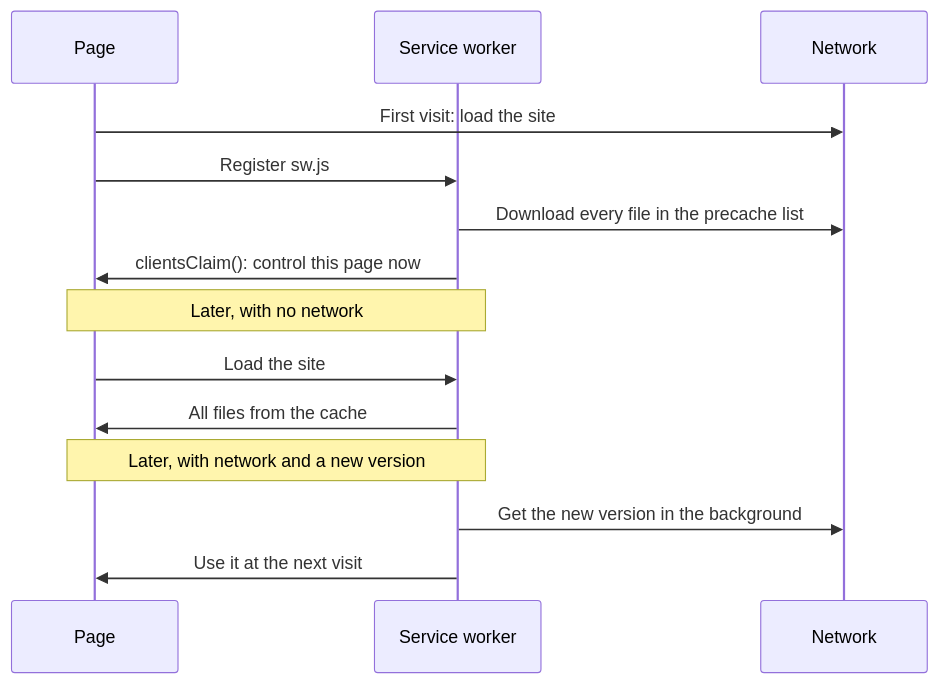
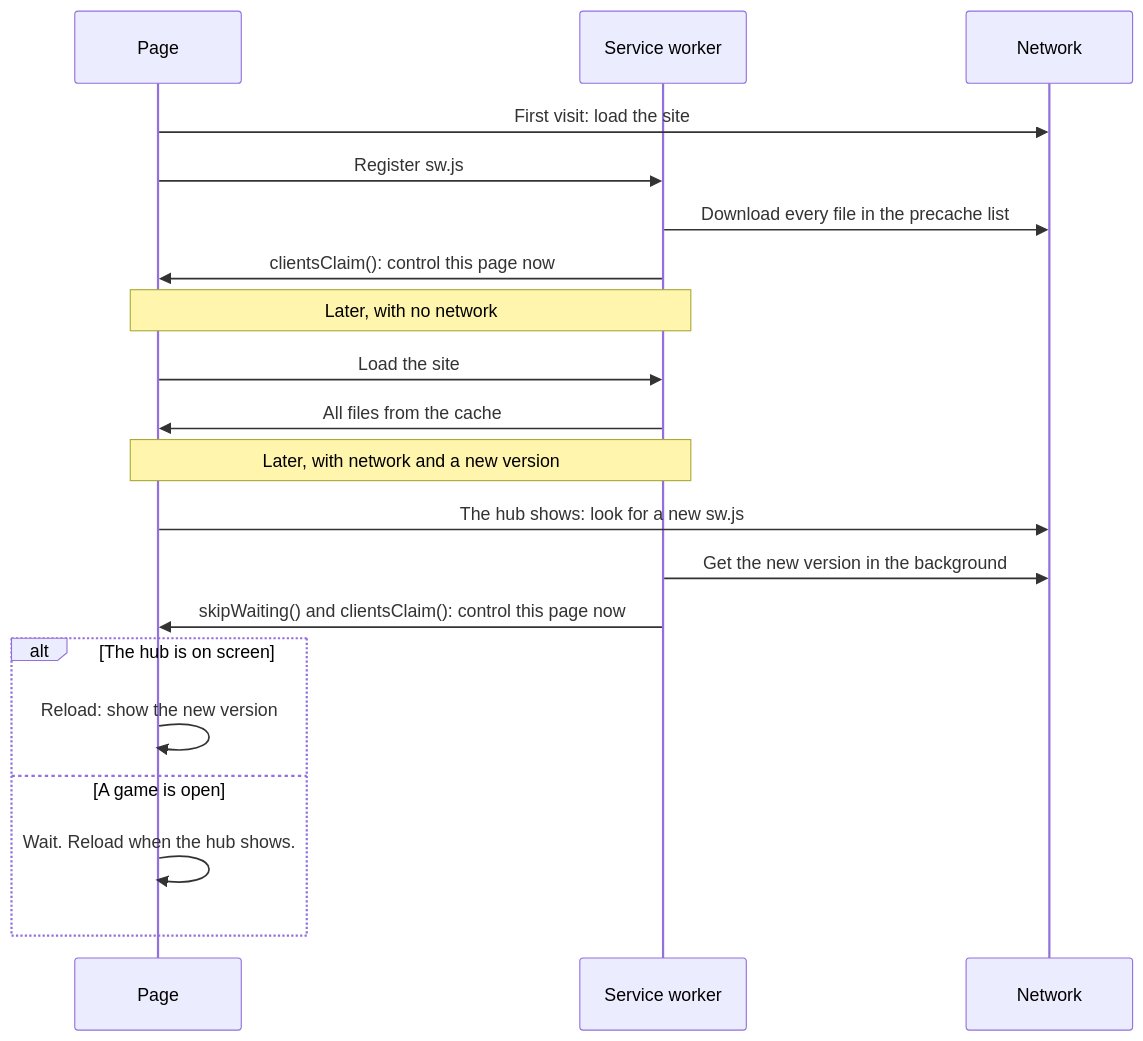
One commit to moureauf/kids-games changed the fourth of 6 diagrams in docs/ARCHITECTURE.md. Above: the diagram before and after it, drawn with Mermaid. The commit also changed other lines of this file and 8 other files, not shown here.

First line of the commit message:
Show a new version on the hub without a manual reload (#49)

````diff
--- a/docs/ARCHITECTURE.md
+++ b/docs/ARCHITECTURE.md
@@ -171,16 +172,22 @@
 ```mermaid
 sequenceDiagram
     participant P as Page
     participant SW as Service worker
     participant N as Network
     P->>N: First visit: load the site
     P->>SW: Register sw.js
     SW->>N: Download every file in the precache list
     SW->>P: clientsClaim(): control this page now
     Note over P,SW: Later, with no network
     P->>SW: Load the site
     SW->>P: All files from the cache
     Note over P,SW: Later, with network and a new version
+    P->>N: The hub shows: look for a new sw.js
     SW->>N: Get the new version in the background
-    SW->>P: Use it at the next visit
+    SW->>P: skipWaiting() and clientsClaim(): control this page now
+    alt The hub is on screen
+        P->>P: Reload: show the new version
+    else A game is open
+        P->>P: Wait. Reload when the hub shows.
+    end
 ```
````
